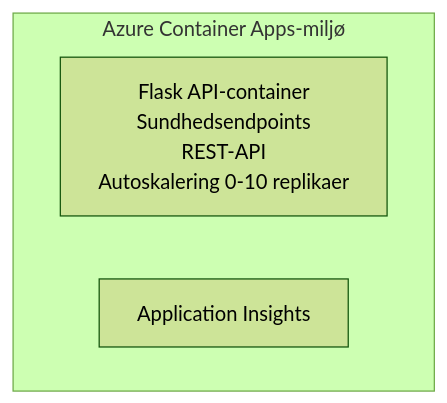
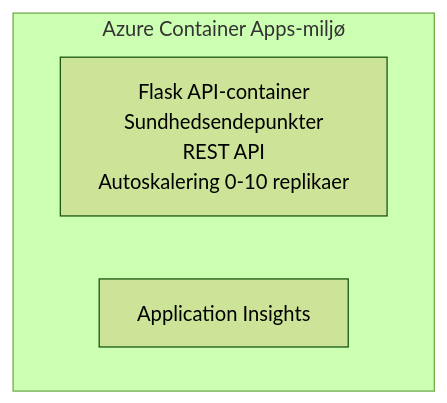
One commit to microsoft/AZD-for-beginners changed the diagram in translations/da/examples/container-app/simple-flask-api/README.md. Above: the diagram before and after it, drawn with Mermaid (forest theme). The commit also changed other lines of this file and 104 other files, not shown here.

````diff
--- a/translations/da/examples/container-app/simple-flask-api/README.md
+++ b/translations/da/examples/container-app/simple-flask-api/README.md
@@ -26,7 +26,7 @@
 ```mermaid
 graph TD
     subgraph ACA[Azure Container Apps-miljø]
-        Flask[Flask API-container<br/>Sundhedsendpoints<br/>REST-API<br/>Autoskalering 0-10 replikaer]
+        Flask[Flask API-container<br/>Sundhedsendepunkter<br/>REST API<br/>Autoskalering 0-10 replikaer]
         AppInsights[Application Insights]
     end
 ```
````
